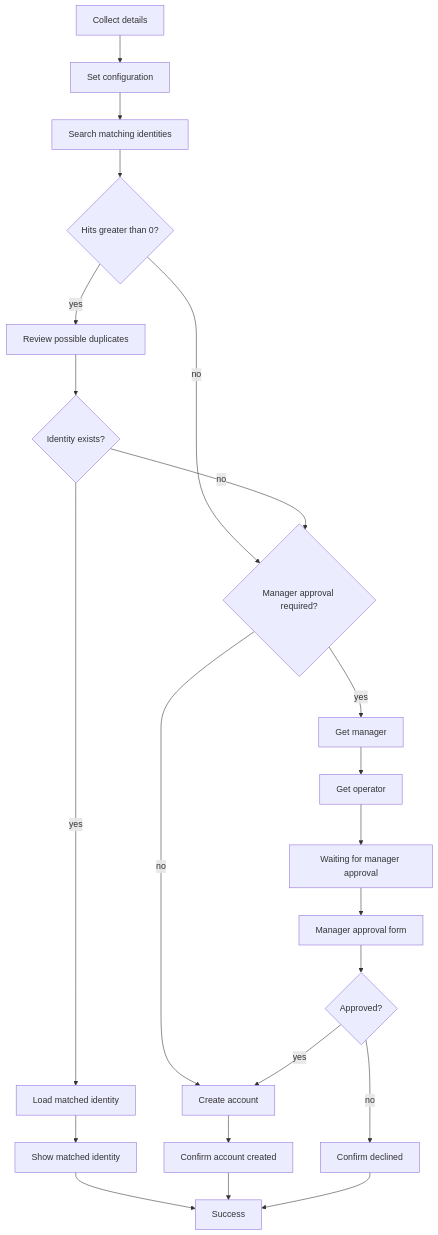
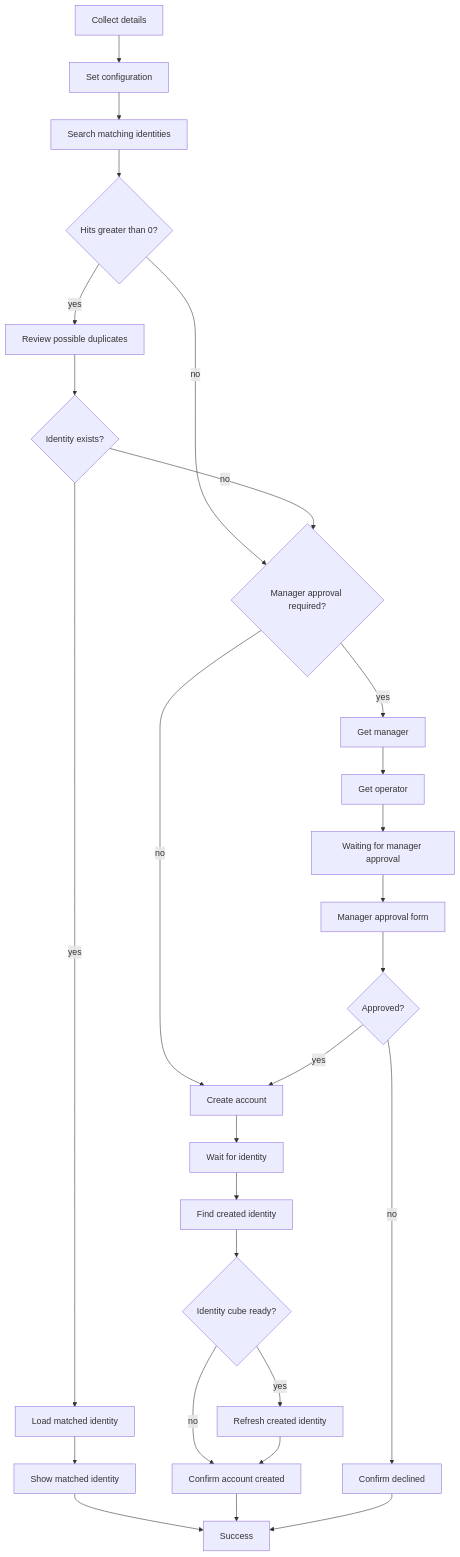
Before and after one commit to fernando-delosrios-sp/sailpoint-utils: the diagram in ISC/Identity Match & Onboard/README.md, drawn with Mermaid. The commit also changed other lines of this file and 2 other files, not shown here.

First line of the commit message:
feat(identity-match-onboard): process the new identity after account create

````diff
--- a/ISC/Identity Match & Onboard/README.md
+++ b/ISC/Identity Match & Onboard/README.md
@@ -37,24 +37,29 @@
 ```mermaid
 flowchart TD
   startNode[Collect details] --> config[Set configuration]
   config --> search[Search matching identities]
   search --> hasHits{Hits greater than 0?}
   hasHits -->|no| needAppr{Manager approval required?}
   hasHits -->|yes| review[Review possible duplicates]
   review --> exists{Identity exists?}
   exists -->|no| needAppr
   exists -->|yes| loadMatch[Load matched identity]
   needAppr -->|yes| getMgr[Get manager]
   needAppr -->|no| createAcct[Create account]
   getMgr --> getOp[Get operator]
   getOp --> wait[Waiting for manager approval]
   wait --> approveForm[Manager approval form]
   approveForm --> approved{Approved?}
   approved -->|yes| createAcct
   approved -->|no| showRejected[Confirm declined]
   loadMatch --> showMatch[Show matched identity]
-  createAcct --> showCreated[Confirm account created]
+  createAcct --> waitId[Wait for identity]
+  waitId --> findId[Find created identity]
+  findId --> cubeReady{Identity cube ready?}
+  cubeReady -->|yes| refreshId[Refresh created identity]
+  cubeReady -->|no| showCreated[Confirm account created]
+  refreshId --> showCreated
   showMatch --> doneNode[Success]
   showCreated --> doneNode
   showRejected --> doneNode
 ```
````
